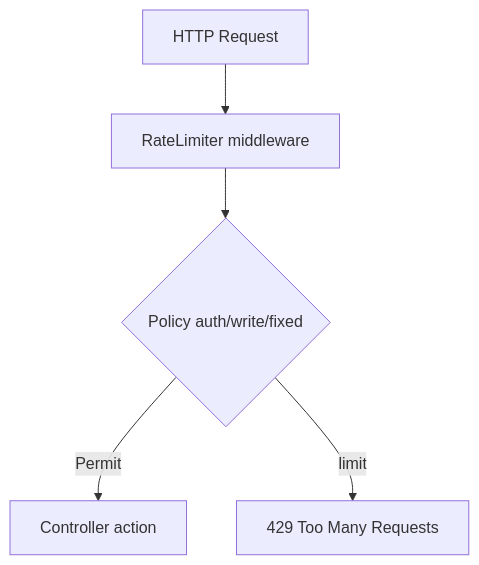
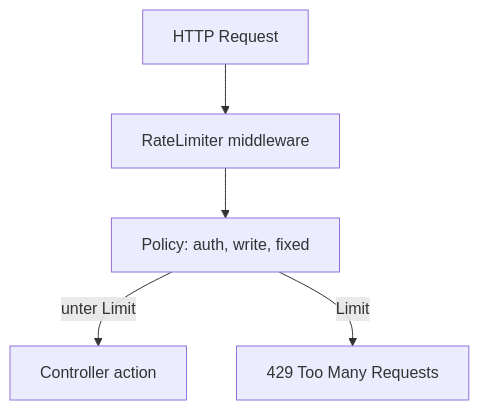
Before and after one commit to fdeniz07/BankApp: the first of 2 diagrams in docs/learning/de/23-rate-limiting.md, drawn with Mermaid. The commit also changed other lines of this file and 105 other files, not shown here.

First line of the commit message:
doc: Enrich learning chapters with labs, pitfalls, and safe Mermaid

````diff
--- a/docs/learning/de/23-rate-limiting.md
+++ b/docs/learning/de/23-rate-limiting.md
@@ -11,11 +13,7 @@
 ```mermaid
 flowchart TD
-  req[HTTP Request]
-  mw[RateLimiter middleware]
-  pol{Policy auth/write/fixed}
-  ok[Controller action]
-  deny[429 Too Many Requests]
-  req --> mw --> pol
-  pol -->|Permit| ok
-  pol -->|limit| deny
+  REQ["HTTP Request"] --> MW["RateLimiter middleware"]
+  MW --> POL["Policy: auth, write, fixed"]
+  POL -->|unter Limit| OK["Controller action"]
+  POL -->|Limit| DENY["429 Too Many Requests"]
 ```
````
